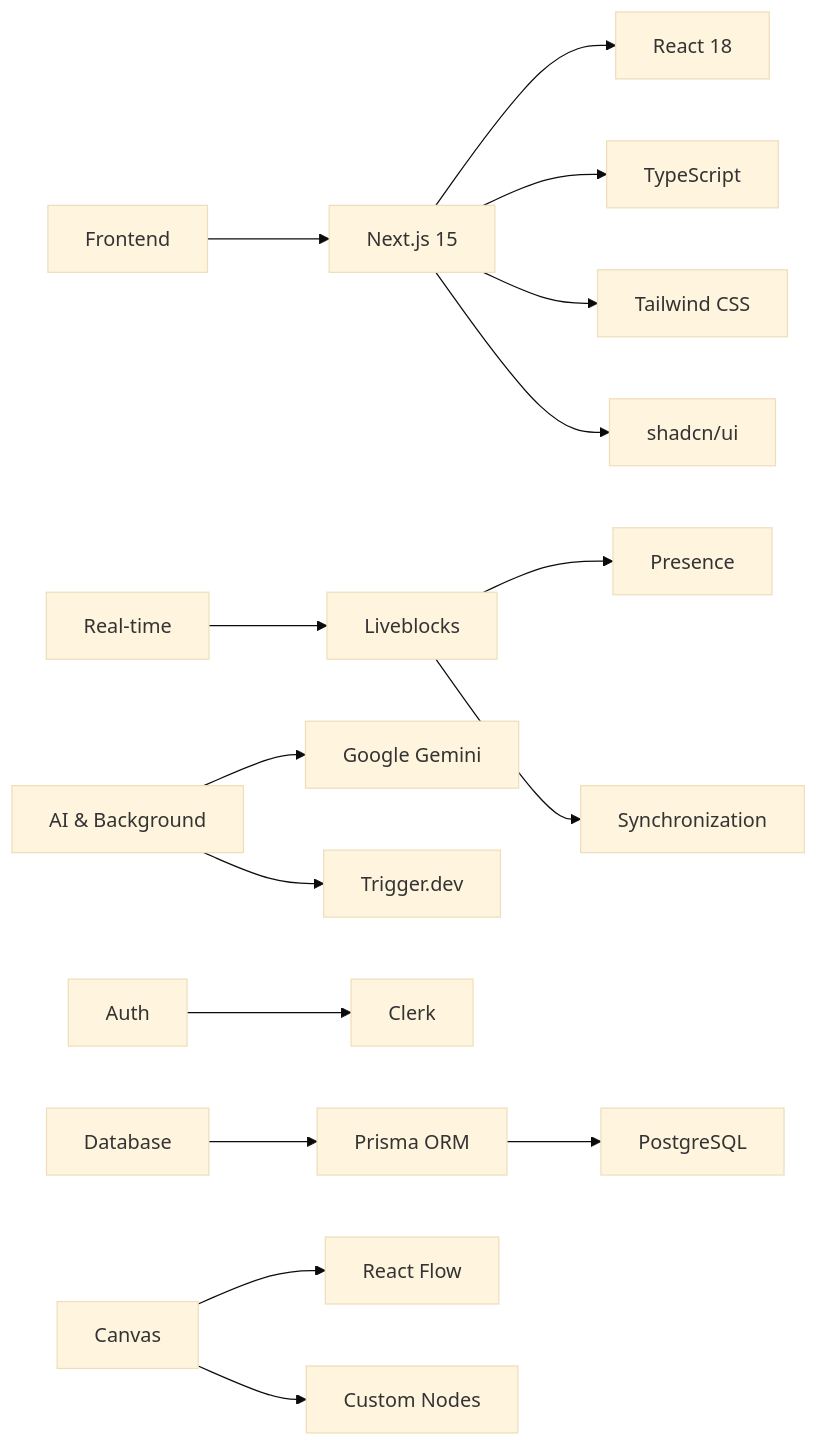
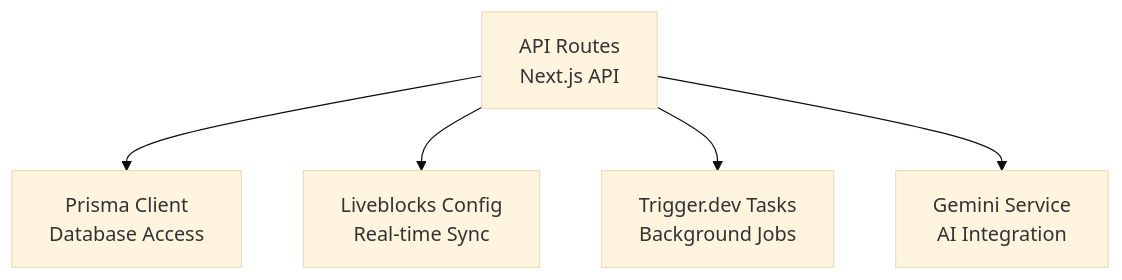
One commit to srijavuppala/sys-spec changed the fourth of 4 diagrams in README.md. Above: the diagram before and after it, drawn with Mermaid (base theme). The commit also changed other lines of this file, not shown here.

````diff
--- a/README.md
+++ b/README.md
@@ -92,23 +220,13 @@
 ```mermaid
-graph LR
-    A[Frontend] --> B[Next.js 15]
-    B --> C[React 18]
-    B --> D[TypeScript]
-    B --> E[Tailwind CSS]
-    B --> F[shadcn/ui]
+graph TD
+    api[API Routes<br/>Next.js API]
+    prisma[Prisma Client<br/>Database Access]
+    liveblocks[Liveblocks Config<br/>Real-time Sync]
+    trigger[Trigger.dev Tasks<br/>Background Jobs]
+    gemini[Gemini Service<br/>AI Integration]
 
-    G[Real-time] --> H[Liveblocks]
-    H --> I[Presence]
-    H --> J[Synchronization]
-
-    K[AI & Background] --> L[Google Gemini]
-    K --> M[Trigger.dev]
-
-    N[Auth] --> O[Clerk]
-
-    P[Database] --> Q[Prisma ORM]
-    Q --> R[PostgreSQL]
-
-    S[Canvas] --> T[React Flow]
-    S --> U[Custom Nodes]
+    api --> prisma
+    api --> liveblocks
+    api --> trigger
+    api --> gemini
 ```
````
